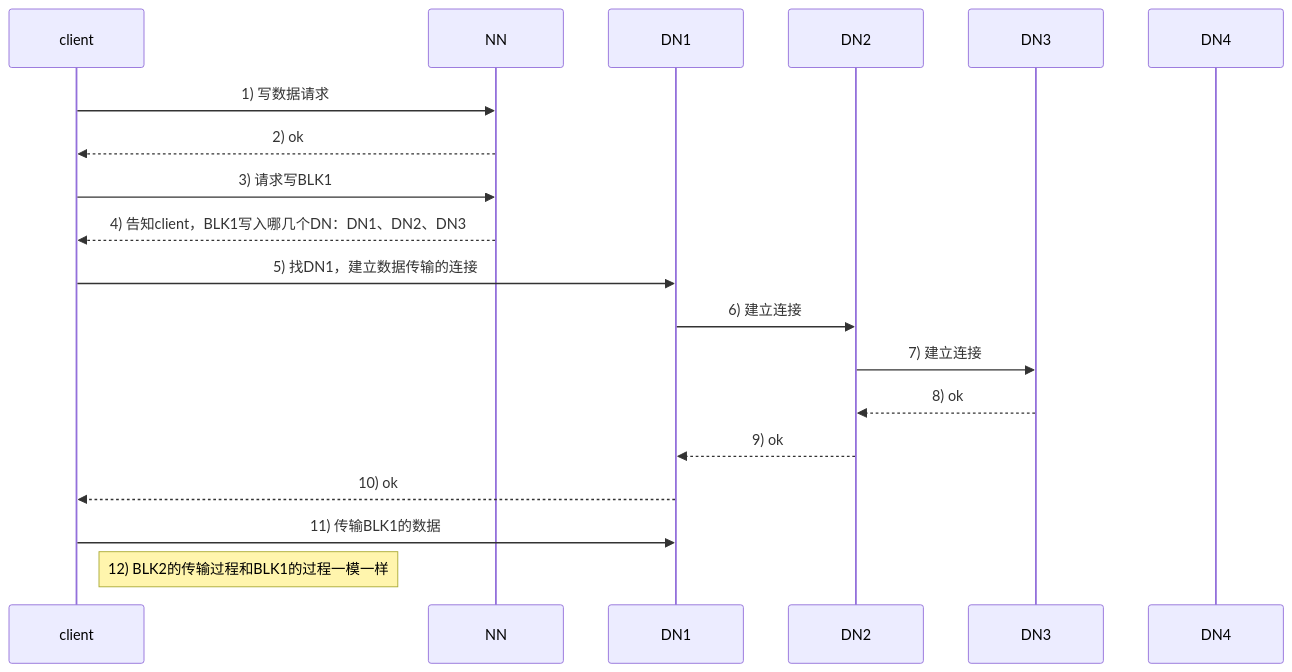
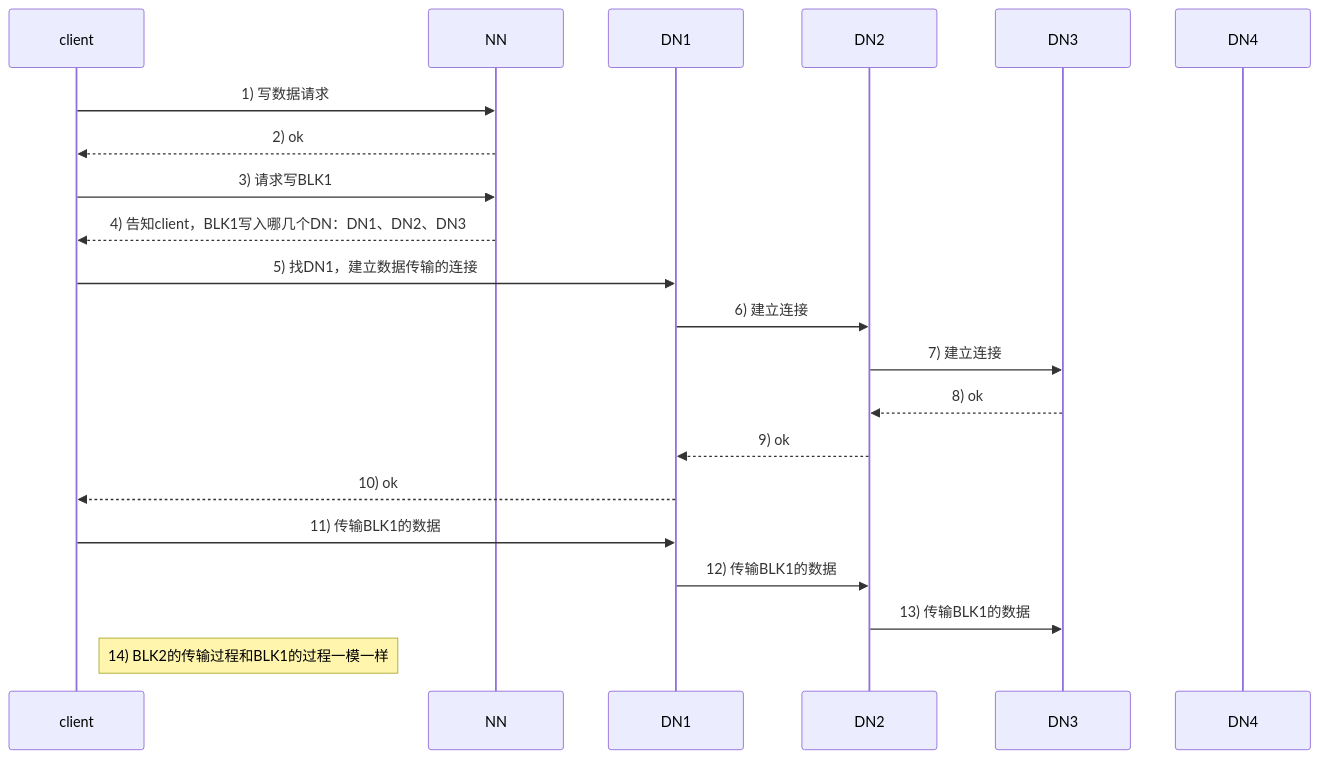
The diagram in markdown/hdfs/HDFS写数据流程图解.md (somepeopleHavingDream/metadata), drawn with Mermaid before and after one commit.

Commit message:
feat: 更新HDFS写数据流程

````diff
--- a/markdown/hdfs/HDFS写数据流程图解.md
+++ b/markdown/hdfs/HDFS写数据流程图解.md
@@ -3,21 +3,23 @@
 ```mermaid
 sequenceDiagram
     participant A as client
     participant B as NN
     participant C as DN1
     participant D as DN2
     participant E as DN3
     participant F as DN4
     A->>B: 1) 写数据请求
     B-->>A: 2) ok
     A->>B: 3) 请求写BLK1
     B-->>A: 4) 告知client，BLK1写入哪几个DN：DN1、DN2、DN3
     A->>C: 5) 找DN1，建立数据传输的连接
     C->>D: 6) 建立连接
     D->>E: 7) 建立连接
     E-->>D: 8) ok
     D-->>C: 9) ok
     C-->>A: 10) ok
     A->>C: 11) 传输BLK1的数据
-    Note right of A: 12) BLK2的传输过程和BLK1的过程一模一样
+    C->>D: 12) 传输BLK1的数据
+    D->>E: 13) 传输BLK1的数据
+    Note right of A: 14) BLK2的传输过程和BLK1的过程一模一样
 ```
````
